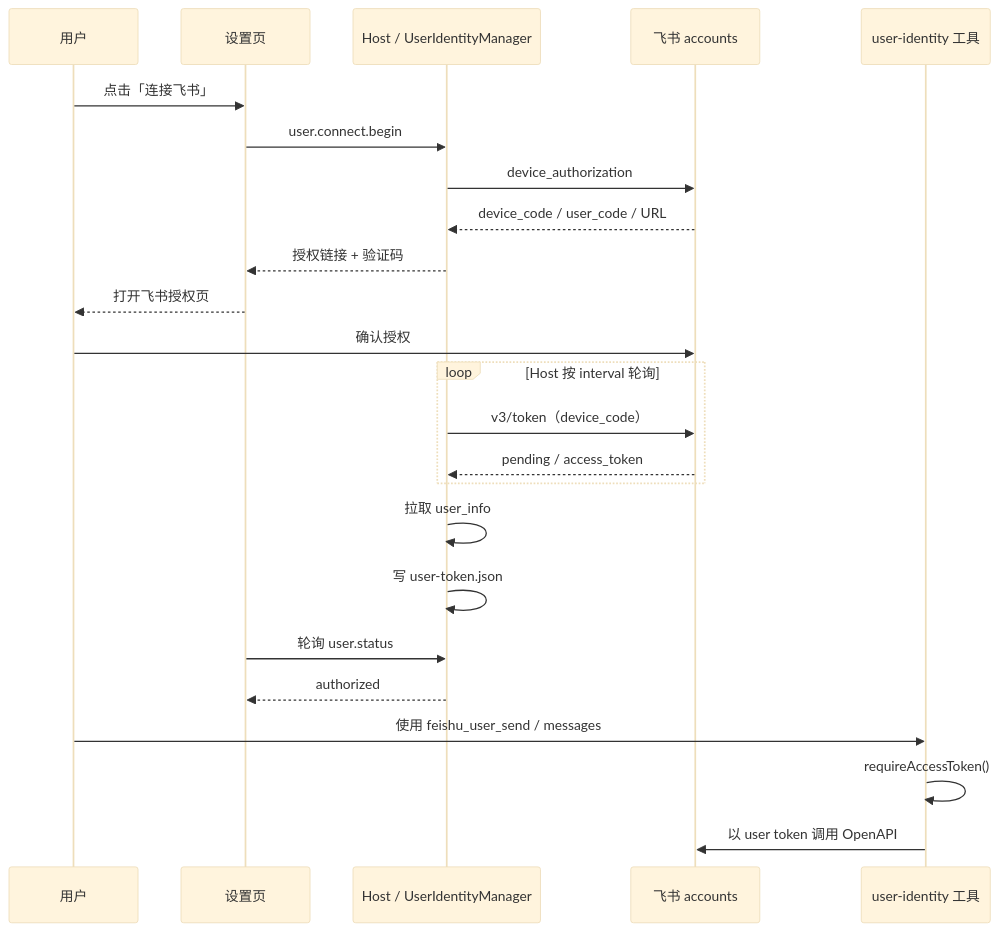
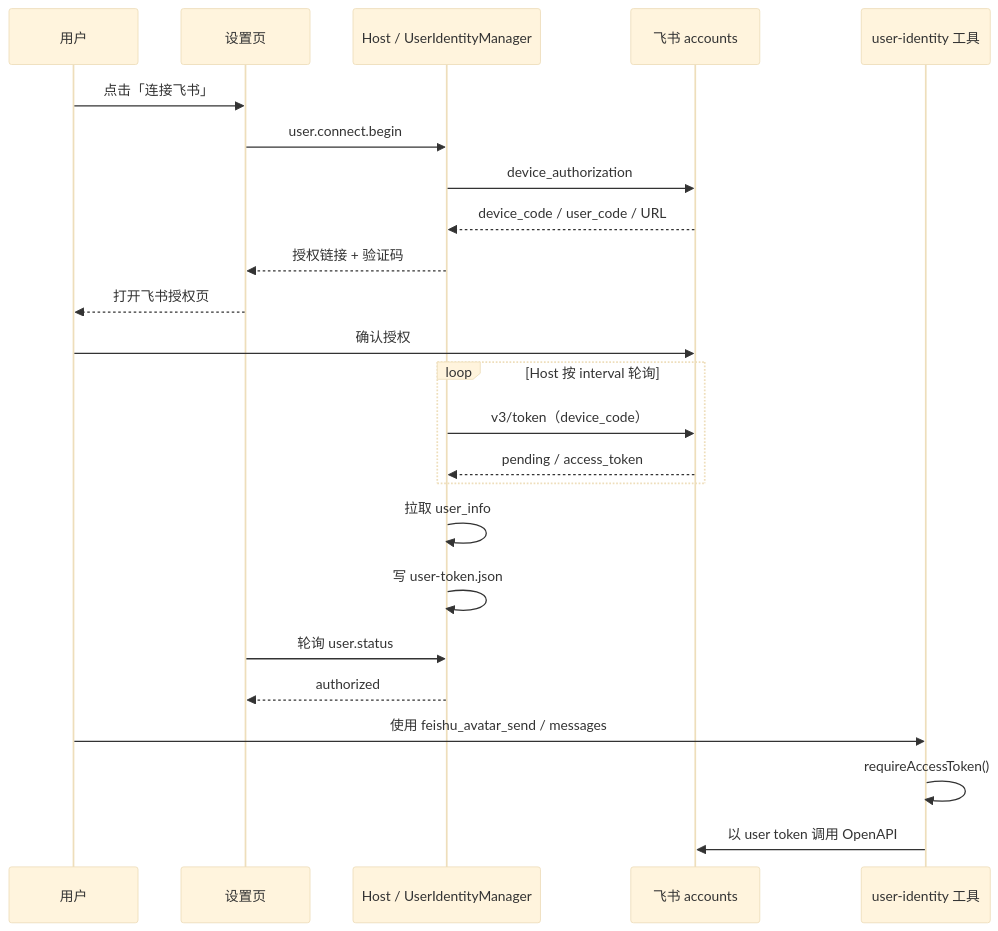
One commit to czwjss/feishu-bot-im changed the second of 2 diagrams in docs/user-identity-architecture.md. Above: the diagram before and after it, drawn with Mermaid (base theme). The commit also changed other lines of this file and 8 other files, not shown here.

Commit message:
分身工具前缀改为 feishu_avatar

````diff
--- a/docs/user-identity-architecture.md
+++ b/docs/user-identity-architecture.md
@@ -177,28 +177,28 @@
 ```mermaid
 sequenceDiagram
   participant U as 用户
   participant S as 设置页
   participant H as Host / UserIdentityManager
   participant A as 飞书 accounts
   participant T as user-identity 工具
 
   U->>S: 点击「连接飞书」
   S->>H: user.connect.begin
   H->>A: device_authorization
   A-->>H: device_code / user_code / URL
   H-->>S: 授权链接 + 验证码
   S-->>U: 打开飞书授权页
   U->>A: 确认授权
   loop Host 按 interval 轮询
     H->>A: v3/token（device_code）
     A-->>H: pending / access_token
   end
   H->>H: 拉取 user_info
   H->>H: 写 user-token.json
   S->>H: 轮询 user.status
   H-->>S: authorized
 
-  U->>T: 使用 feishu_user_send / messages
+  U->>T: 使用 feishu_avatar_send / messages
   T->>T: requireAccessToken()
   T->>A: 以 user token 调用 OpenAPI
 ```
````
